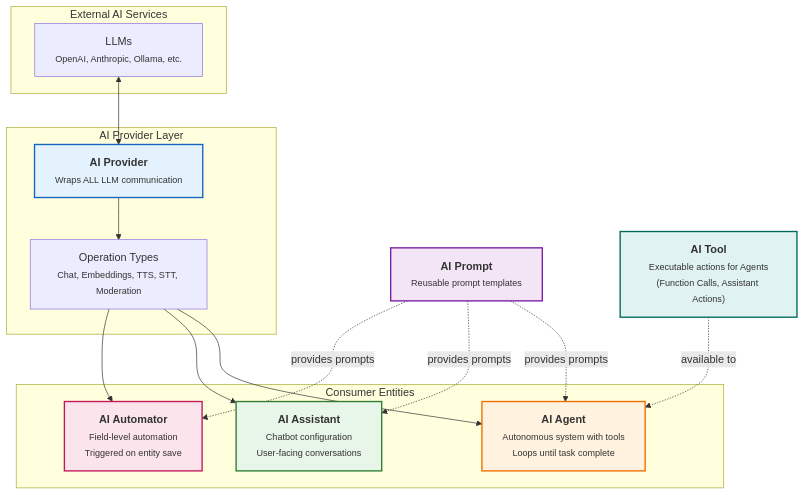
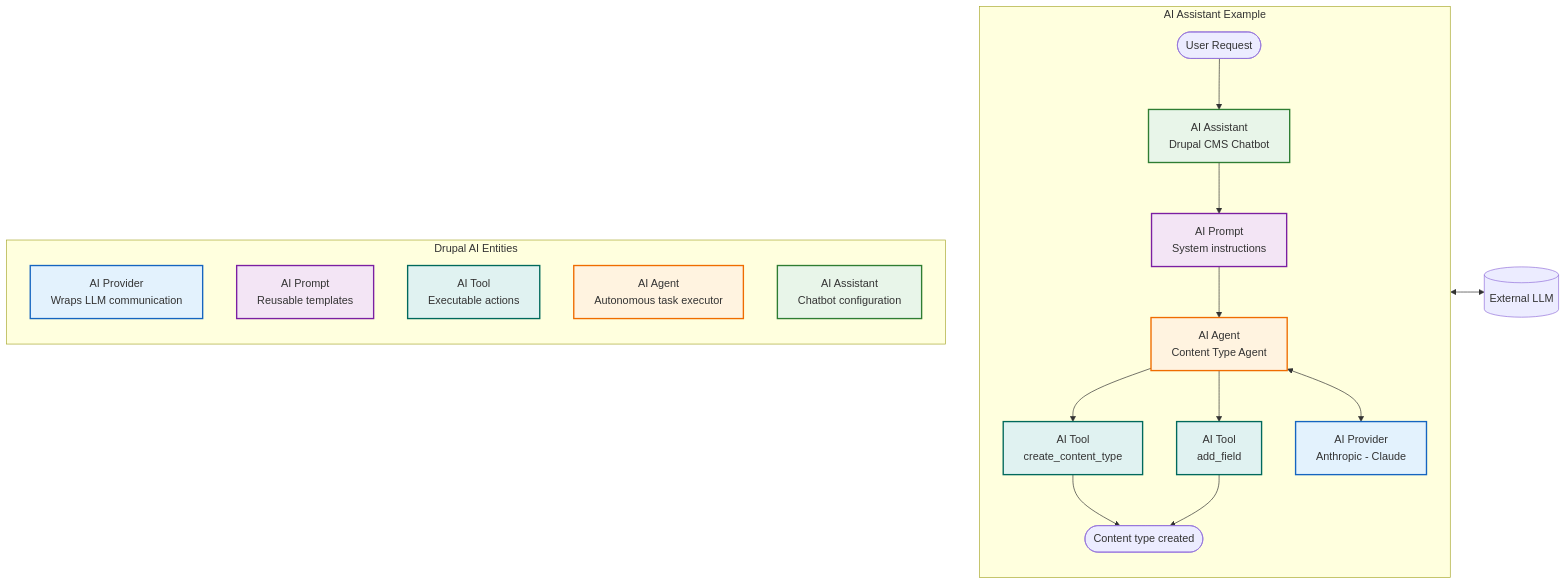
One commit to Simply007/drupalcon-chicago-26-ckeditor-ai-playground changed the first of 11 diagrams in assets/drupal-ai-infographics.md. Above: the diagram before and after it, drawn with Mermaid. The commit also changed other lines of this file, not shown here.

Commit message:
finalize the diagram

````diff
--- a/assets/drupal-ai-infographics.md
+++ b/assets/drupal-ai-infographics.md
@@ -39,41 +39,50 @@
 ```mermaid
-flowchart TB
-    subgraph External["External AI Services"]
-        LLM["LLMs<br><small>OpenAI, Anthropic, Ollama, etc.</small>"]
+flowchart LR
+    subgraph Legend[Drupal AI Entities]
+        direction TB
+        L_Provider[AI Provider<br>Wraps LLM communication]
+        L_Prompt[AI Prompt<br>Reusable templates]
+        L_Tool[AI Tool<br>Executable actions]
+        L_Agent[AI Agent<br>Autonomous task executor]
+        L_Assistant[AI Assistant<br>Chatbot configuration]
     end
 
-    subgraph ProviderLayer["AI Provider Layer"]
-        Provider["<b>AI Provider</b><br><small>Wraps ALL LLM communication</small>"]
-        Operations["Operation Types<br><small>Chat, Embeddings, TTS, STT, Moderation</small>"]
-        Provider --> Operations
+    subgraph Example[AI Assistant Example]
+        direction TB
+        User([User Request])
+        Assistant[AI Assistant<br>Drupal CMS Chatbot]
+        Prompt[AI Prompt<br>System instructions]
+        Agent[AI Agent<br>Content Type Agent]
+        Tool1[AI Tool<br>create_content_type]
+        Tool2[AI Tool<br>add_field]
+        Provider[AI Provider<br>Anthropic - Claude]
+        Result([Content type created])
+
+        User --> Assistant
+        Assistant --> Prompt
+        Prompt --> Agent
+        Agent --> Tool1
+        Agent --> Tool2
+        Tool1 --> Result
+        Tool2 --> Result
     end
 
-    subgraph Consumers["Consumer Entities"]
-        Agent["<b>AI Agent</b><br><small>Autonomous system with tools</small><br><small>Loops until task complete</small>"]
-        Assistant["<b>AI Assistant</b><br><small>Chatbot configuration</small><br><small>User-facing conversations</small>"]
-        Automator["<b>AI Automator</b><br><small>Field-level automation</small><br><small>Triggered on entity save</small>"]
-    end
+    LLM[(External LLM)]
 
-    Prompt["<b>AI Prompt</b><br><small>Reusable prompt templates</small>"]
+    Legend ~~~ Example
+    Agent <--> Provider
+    Provider <--> LLM
 
-    Tool["<b>AI Tool</b><br><small>Executable actions for Agents</small><br><small>(Function Calls, Assistant Actions)</small>"]
-
-    LLM <--> Provider
-
-    Operations --> Agent
-    Operations --> Assistant
-    Operations --> Automator
-
-    Prompt -.->|"provides prompts"| Agent
-    Prompt -.->|"provides prompts"| Assistant
-    Prompt -.->|"provides prompts"| Automator
-
-    Tool -.->|"available to"| Agent
+    style L_Provider fill:#e3f2fd,stroke:#1565c0,stroke-width:2px
+    style L_Prompt fill:#f3e5f5,stroke:#7b1fa2,stroke-width:2px
+    style L_Tool fill:#e0f2f1,stroke:#00695c,stroke-width:2px
+    style L_Agent fill:#fff3e0,stroke:#ef6c00,stroke-width:2px
+    style L_Assistant fill:#e8f5e9,stroke:#2e7d32,stroke-width:2px
 
     style Provider fill:#e3f2fd,stroke:#1565c0,stroke-width:2px
+    style Prompt fill:#f3e5f5,stroke:#7b1fa2,stroke-width:2px
+    style Tool1 fill:#e0f2f1,stroke:#00695c,stroke-width:2px
+    style Tool2 fill:#e0f2f1,stroke:#00695c,stroke-width:2px
     style Agent fill:#fff3e0,stroke:#ef6c00,stroke-width:2px
     style Assistant fill:#e8f5e9,stroke:#2e7d32,stroke-width:2px
-    style Automator fill:#fce4ec,stroke:#c2185b,stroke-width:2px
-    style Prompt fill:#f3e5f5,stroke:#7b1fa2,stroke-width:2px
-    style Tool fill:#e0f2f1,stroke:#00695c,stroke-width:2px
 ```
````
